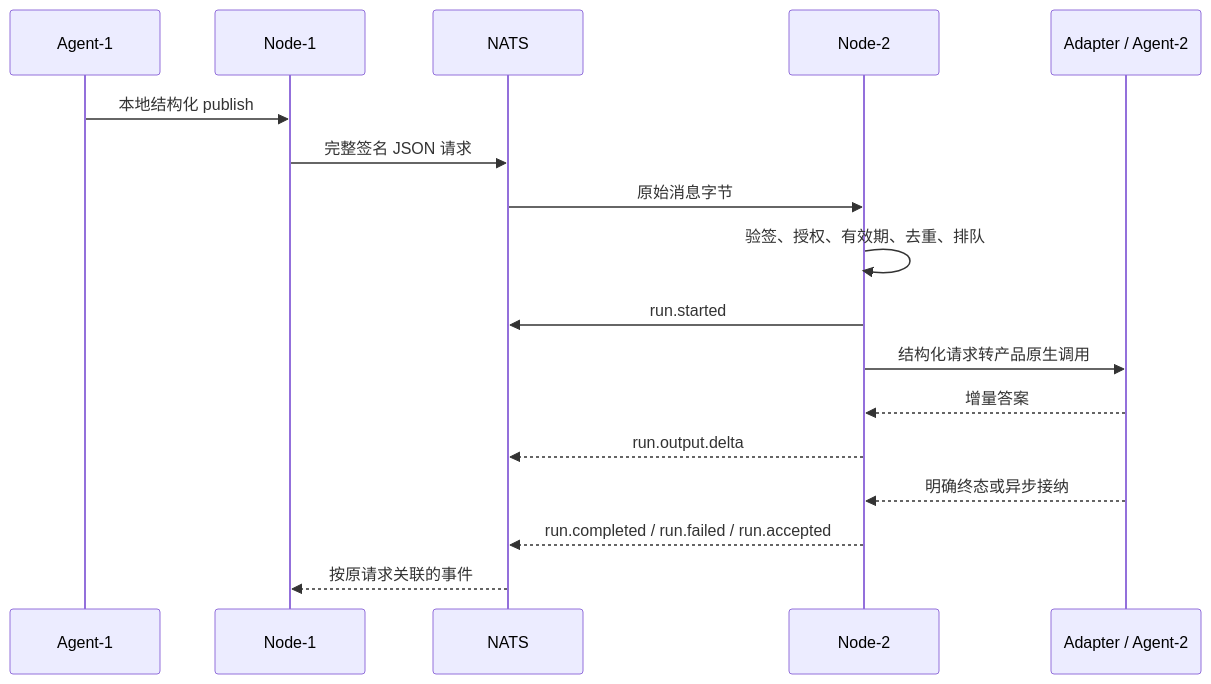
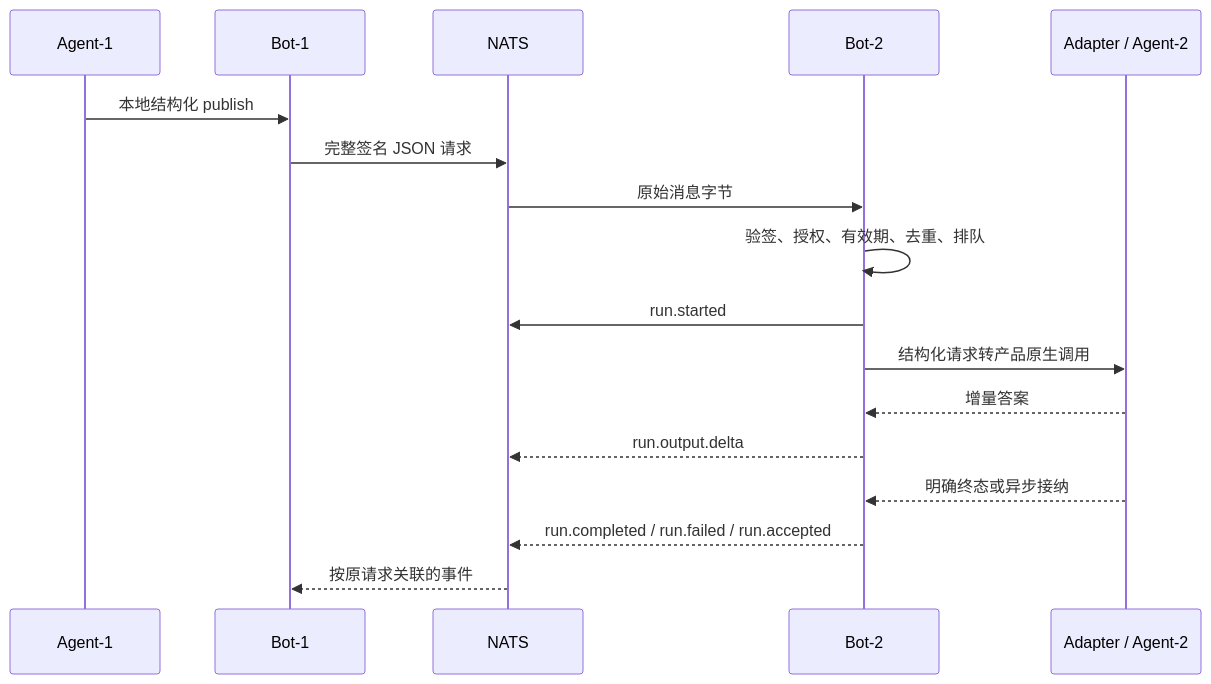
Before and after one commit to yuanjun5681/clawsynapse: the diagram in docs/messaging.md, drawn with Mermaid. The commit also changed other lines of this file and 144 other files, not shown here.

````diff
--- a/docs/messaging.md
+++ b/docs/messaging.md
@@ -34,19 +34,19 @@
 ```mermaid
 sequenceDiagram
     participant A as Agent-1
-    participant N1 as Node-1
+    participant N1 as Bot-1
     participant B as NATS
-    participant N2 as Node-2
+    participant N2 as Bot-2
     participant AD as Adapter / Agent-2
     A->>N1: 本地结构化 publish
     N1->>B: 完整签名 JSON 请求
     B->>N2: 原始消息字节
     N2->>N2: 验签、授权、有效期、去重、排队
     N2->>B: run.started
     N2->>AD: 结构化请求转产品原生调用
     AD-->>N2: 增量答案
     N2-->>B: run.output.delta
     AD-->>N2: 明确终态或异步接纳
     N2-->>B: run.completed / run.failed / run.accepted
     B-->>N1: 按原请求关联的事件
 ```
````
